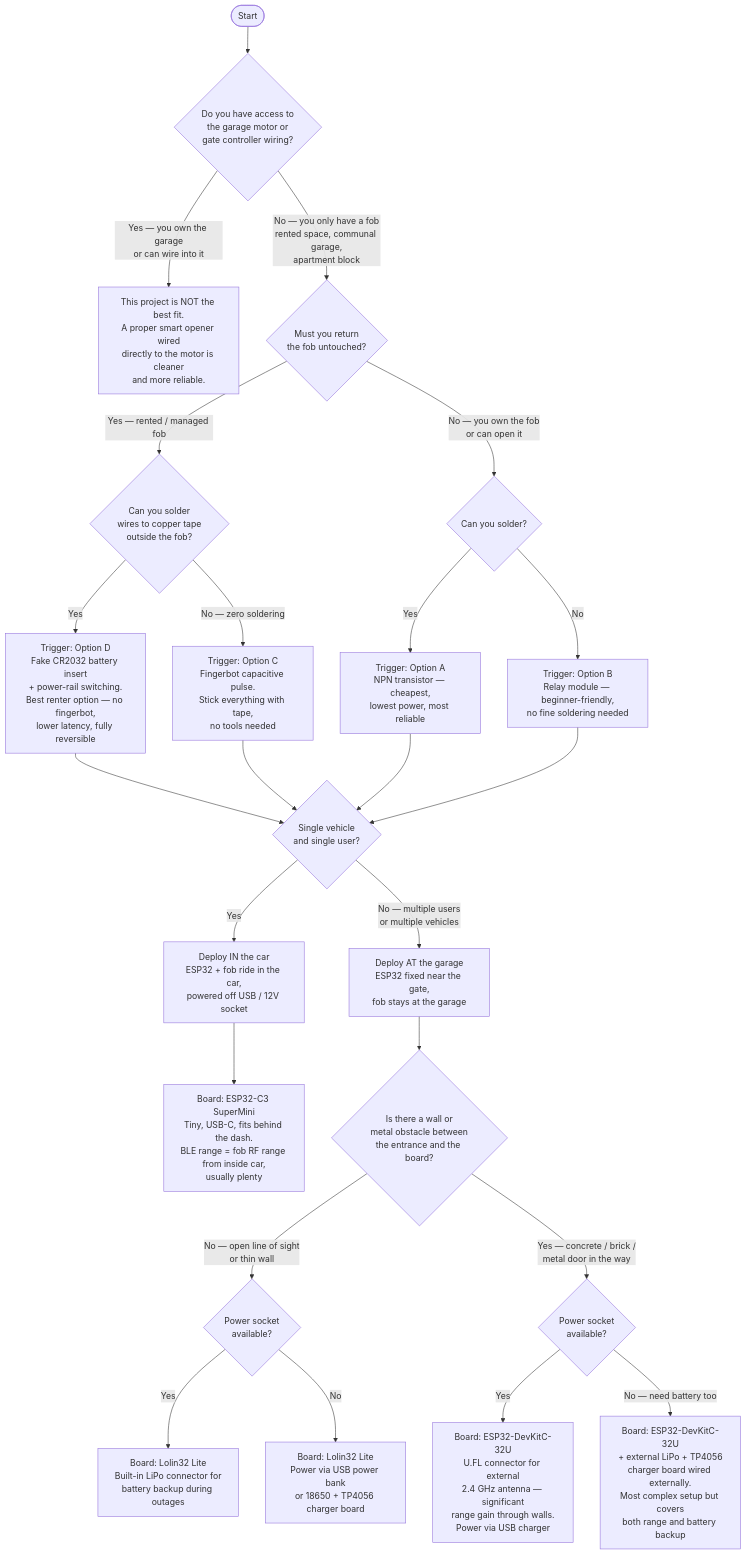
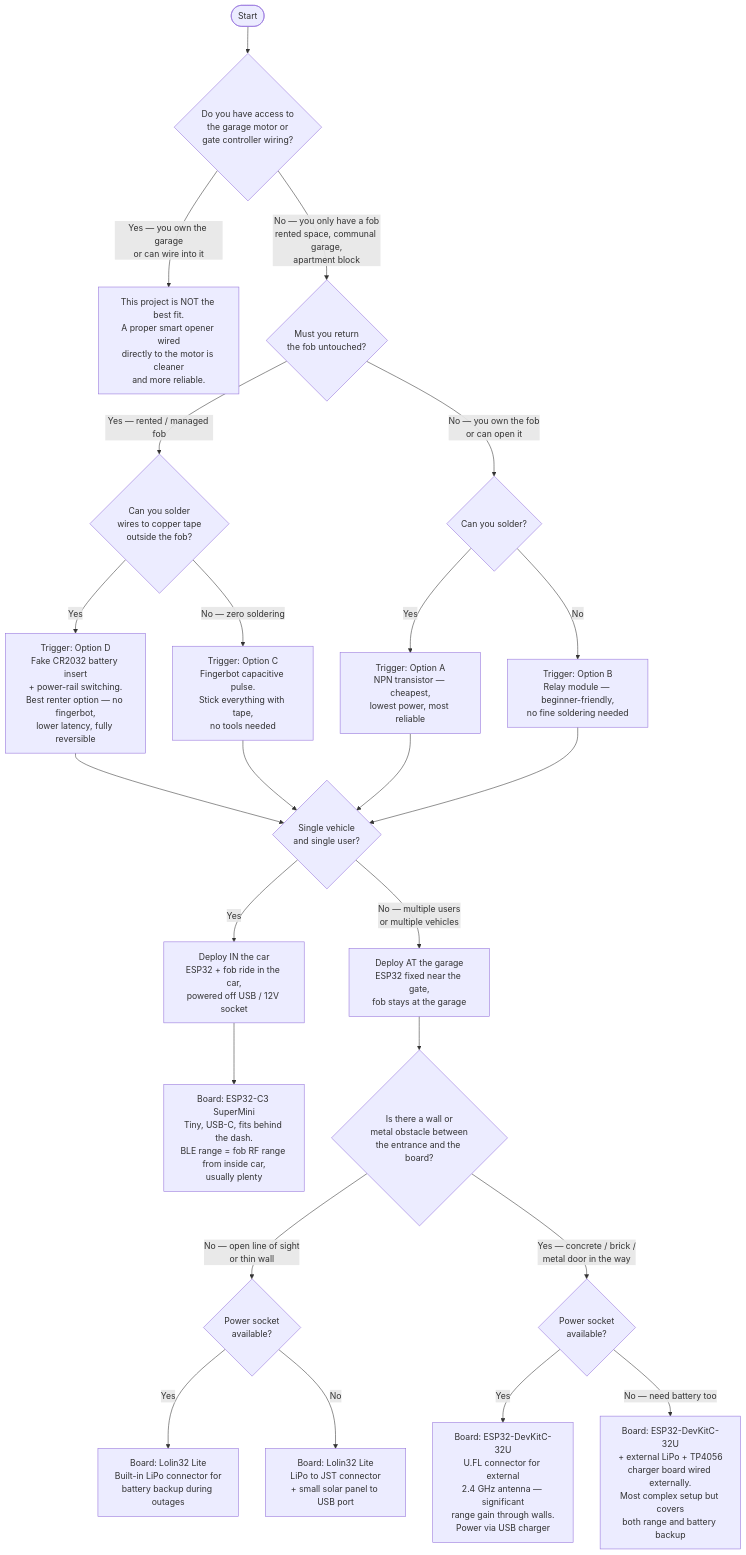
One commit to GerardUmbert/GarageAAtoESP32 changed the diagram in docs/advanced.md. Above: the diagram before and after it, drawn with Mermaid.

Commit message:
docs: fix no-socket Lolin32 Lite power option in decision tree
Use the board's built-in LiPo charging circuit — JST connector for the
battery and solar panel to the USB port. No external TP4056 needed.

````diff
--- a/docs/advanced.md
+++ b/docs/advanced.md
@@ -5,34 +5,34 @@
 ```mermaid
 flowchart TD
     A([Start]) --> B{Do you have access to\nthe garage motor or\ngate controller wiring?}
 
     B -->|Yes — you own the garage\nor can wire into it| B1[This project is NOT the best fit.\nA proper smart opener wired\ndirectly to the motor is cleaner\nand more reliable.]
     B -->|No — you only have a fob\nrented space, communal garage,\napartment block| C
 
     C{Must you return\nthe fob untouched?} -->|Yes — rented / managed fob| D1{Can you solder\nwires to copper tape\noutside the fob?}
     C -->|No — you own the fob\nor can open it| D2{Can you solder?}
 
     D1 -->|Yes| D1a[Trigger: Option D\nFake CR2032 battery insert\n+ power-rail switching.\nBest renter option — no fingerbot,\nlower latency, fully reversible]
     D1 -->|No — zero soldering| D1b[Trigger: Option C\nFingerbot capacitive pulse.\nStick everything with tape,\nno tools needed]
 
     D2 -->|Yes| D3[Trigger: Option A\nNPN transistor — cheapest,\nlowest power, most reliable]
     D2 -->|No| D4[Trigger: Option B\nRelay module — beginner-friendly,\nno fine soldering needed]
 
     D1a & D1b & D3 & D4 --> E
 
     E{Single vehicle\nand single user?} -->|Yes| F[Deploy IN the car\nESP32 + fob ride in the car,\npowered off USB / 12V socket]
     E -->|No — multiple users\nor multiple vehicles| G[Deploy AT the garage\nESP32 fixed near the gate,\nfob stays at the garage]
 
     F --> F1[Board: ESP32-C3 SuperMini\nTiny, USB-C, fits behind the dash.\nBLE range = fob RF range from inside car,\nusually plenty]
 
     G --> H{Is there a wall or\nmetal obstacle between\nthe entrance and the board?}
 
     H -->|No — open line of sight\nor thin wall| I{Power socket\navailable?}
     H -->|Yes — concrete / brick /\nmetal door in the way| J{Power socket\navailable?}
 
     I -->|Yes| I1[Board: Lolin32 Lite\nBuilt-in LiPo connector for\nbattery backup during outages]
-    I -->|No| I2[Board: Lolin32 Lite\nPower via USB power bank\nor 18650 + TP4056 charger board]
+    I -->|No| I2[Board: Lolin32 Lite\nLiPo to JST connector\n+ small solar panel to USB port]
 
     J -->|Yes| J1[Board: ESP32-DevKitC-32U\nU.FL connector for external\n2.4 GHz antenna — significant\nrange gain through walls.\nPower via USB charger]
     J -->|No — need battery too| J2[Board: ESP32-DevKitC-32U\n+ external LiPo + TP4056\ncharger board wired externally.\nMost complex setup but covers\nboth range and battery backup]
 ```
````
